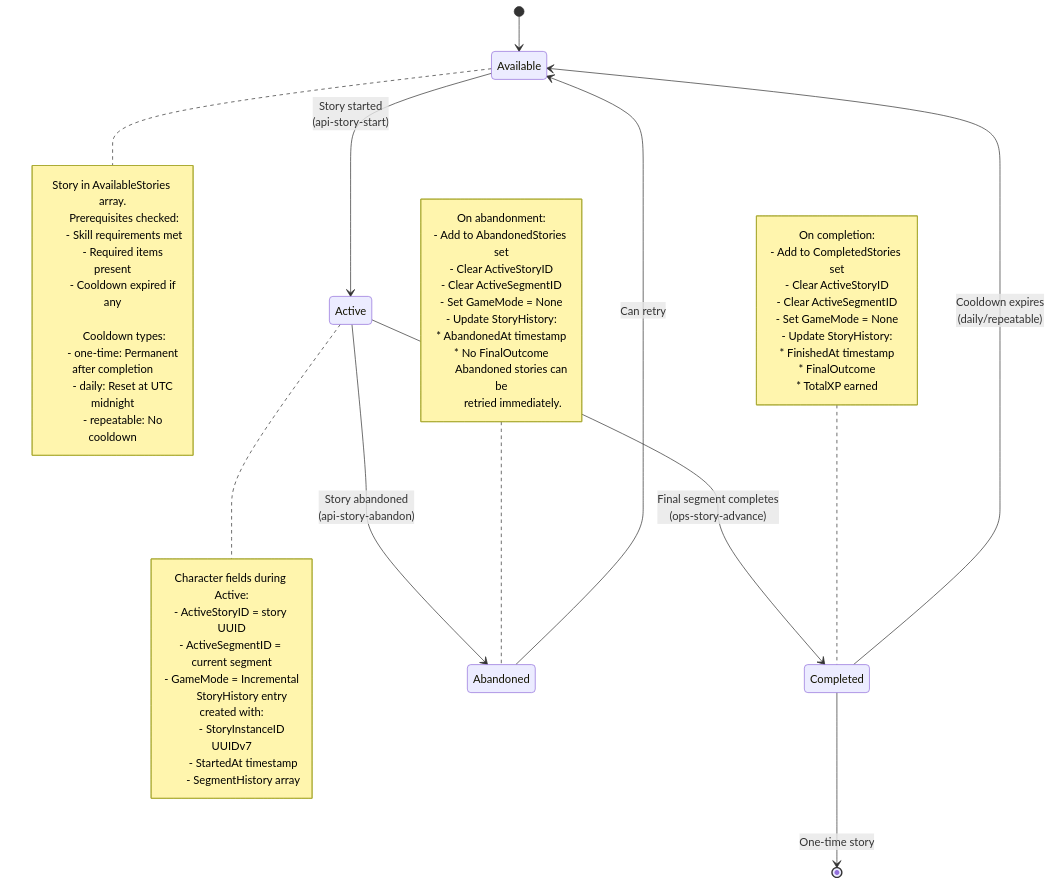
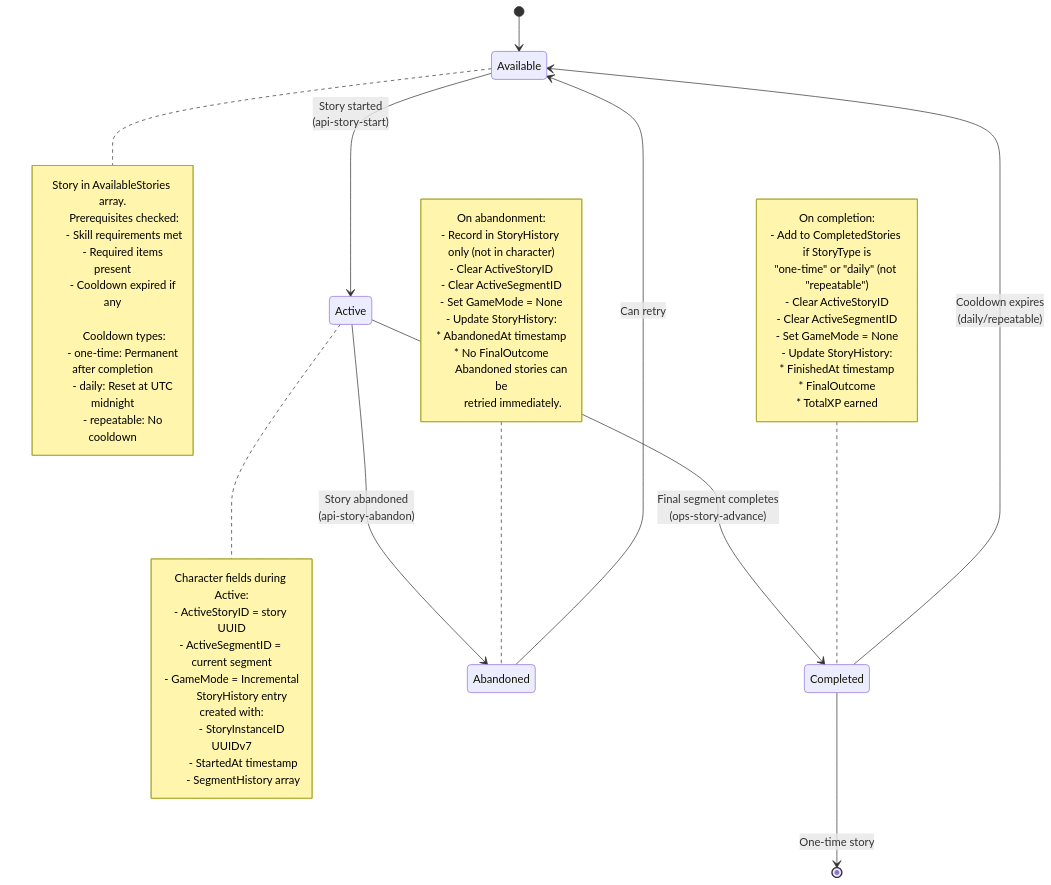
The fifth of 6 diagrams in documentation/architecture.md (darkrelics/eidolon-engine), drawn with Mermaid before and after one commit. The commit also changed other lines of this file and 7 other files, not shown here.

````diff
--- a/documentation/architecture.md
+++ b/documentation/architecture.md
@@ -393,62 +330,63 @@
 ```mermaid
 stateDiagram-v2
     [*] --> Available
     Available --> Active: Story started<br/>(api-story-start)
     Active --> Completed: Final segment completes<br/>(ops-story-advance)
     Active --> Abandoned: Story abandoned<br/>(api-story-abandon)
     Completed --> Available: Cooldown expires<br/>(daily/repeatable)
     Completed --> [*]: One-time story
     Abandoned --> Available: Can retry
 
     note right of Available
         Story in AvailableStories array.
 
         Prerequisites checked:
         - Skill requirements met
         - Required items present
         - Cooldown expired if any
 
         Cooldown types:
         - one-time: Permanent after completion
         - daily: Reset at UTC midnight
         - repeatable: No cooldown
     end note
 
     note right of Active
         Character fields during Active:
         - ActiveStoryID = story UUID
         - ActiveSegmentID = current segment
         - GameMode = Incremental
 
         StoryHistory entry created with:
         - StoryInstanceID UUIDv7
         - StartedAt timestamp
         - SegmentHistory array
     end note
 
     note left of Completed
         On completion:
-        - Add to CompletedStories set
+        - Add to CompletedStories if StoryType is
+          "one-time" or "daily" (not "repeatable")
         - Clear ActiveStoryID
         - Clear ActiveSegmentID
         - Set GameMode = None
         - Update StoryHistory:
           * FinishedAt timestamp
           * FinalOutcome
           * TotalXP earned
     end note
 
     note left of Abandoned
         On abandonment:
-        - Add to AbandonedStories set
+        - Record in StoryHistory only (not in character)
         - Clear ActiveStoryID
         - Clear ActiveSegmentID
         - Set GameMode = None
         - Update StoryHistory:
           * AbandonedAt timestamp
           * No FinalOutcome
 
         Abandoned stories can be
         retried immediately.
     end note
 ```
````
